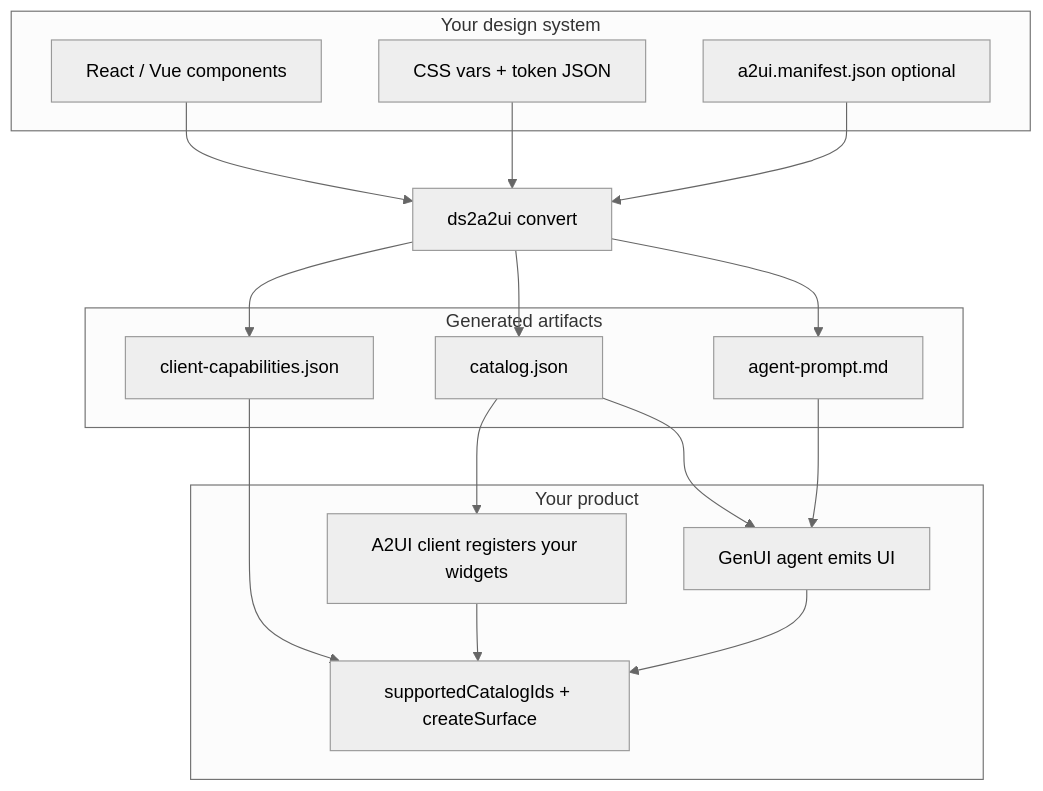
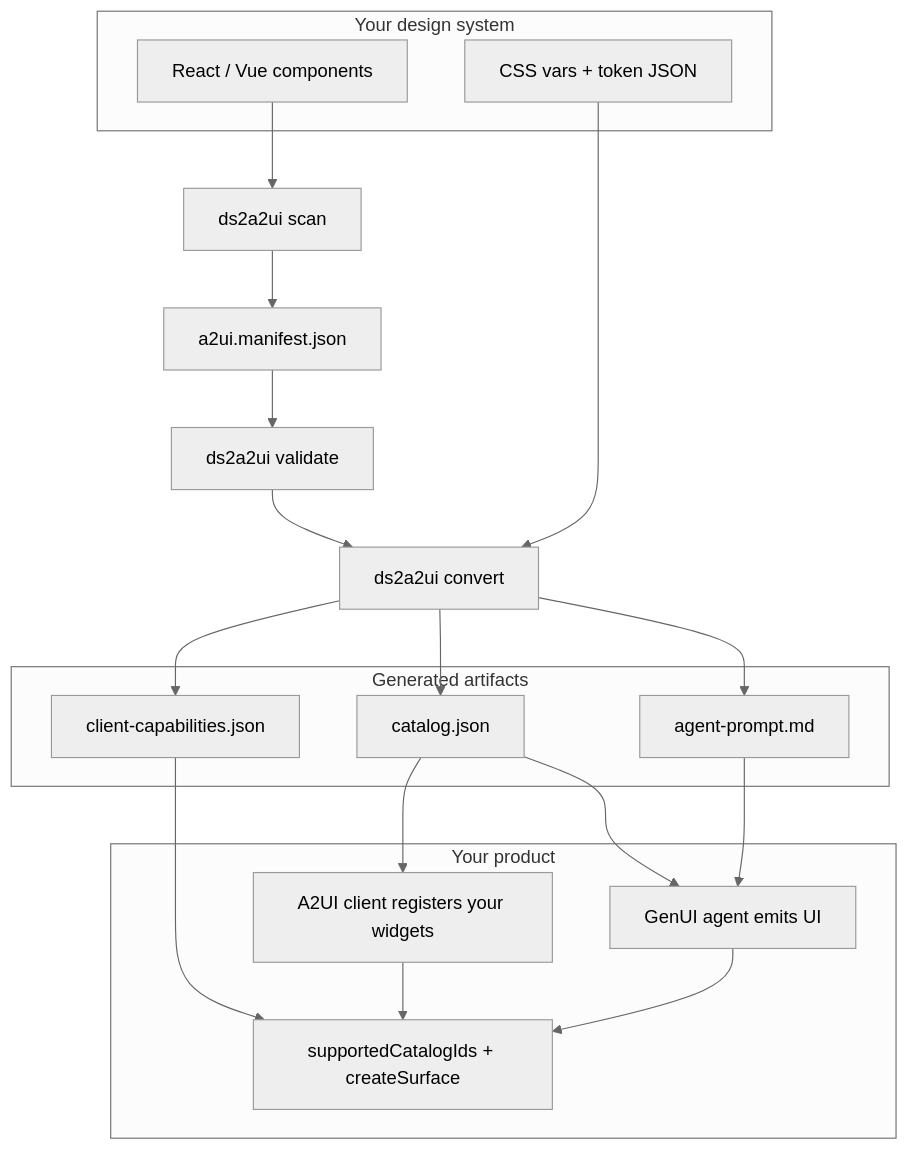
One commit to k-aksha/design-pattern-a2ui changed the diagram in README.md. Above: the diagram before and after it, drawn with Mermaid (neutral theme). The commit also changed other lines of this file and 28 other files, not shown here.

First line of the commit message:
Add manifest generator with scan, validate, and convert workflow.

````diff
--- a/README.md
+++ b/README.md
@@ -11,35 +11,39 @@
 ```mermaid
 flowchart TB
   subgraph input [Your design system]
     Components["React / Vue components"]
     Tokens["CSS vars + token JSON"]
-    Manifest["a2ui.manifest.json optional"]
   end
 
+  Scan["ds2a2ui scan"]
+  Manifest["a2ui.manifest.json"]
+  Validate["ds2a2ui validate"]
   CLI["ds2a2ui convert"]
 
   subgraph output [Generated artifacts]
     Catalog["catalog.json"]
     Prompt["agent-prompt.md"]
     Capabilities["client-capabilities.json"]
   end
 
   subgraph runtime [Your product]
     Client["A2UI client registers your widgets"]
     Agent["GenUI agent emits UI"]
     Handshake["supportedCatalogIds + createSurface"]
   end
 
-  Components --> CLI
+  Components --> Scan
+  Scan --> Manifest
+  Manifest --> Validate
+  Validate --> CLI
   Tokens --> CLI
-  Manifest --> CLI
   CLI --> Catalog
   CLI --> Prompt
   CLI --> Capabilities
   Catalog --> Client
   Catalog --> Agent
   Prompt --> Agent
   Capabilities --> Handshake
   Client --> Handshake
   Agent --> Handshake
 ```
````
